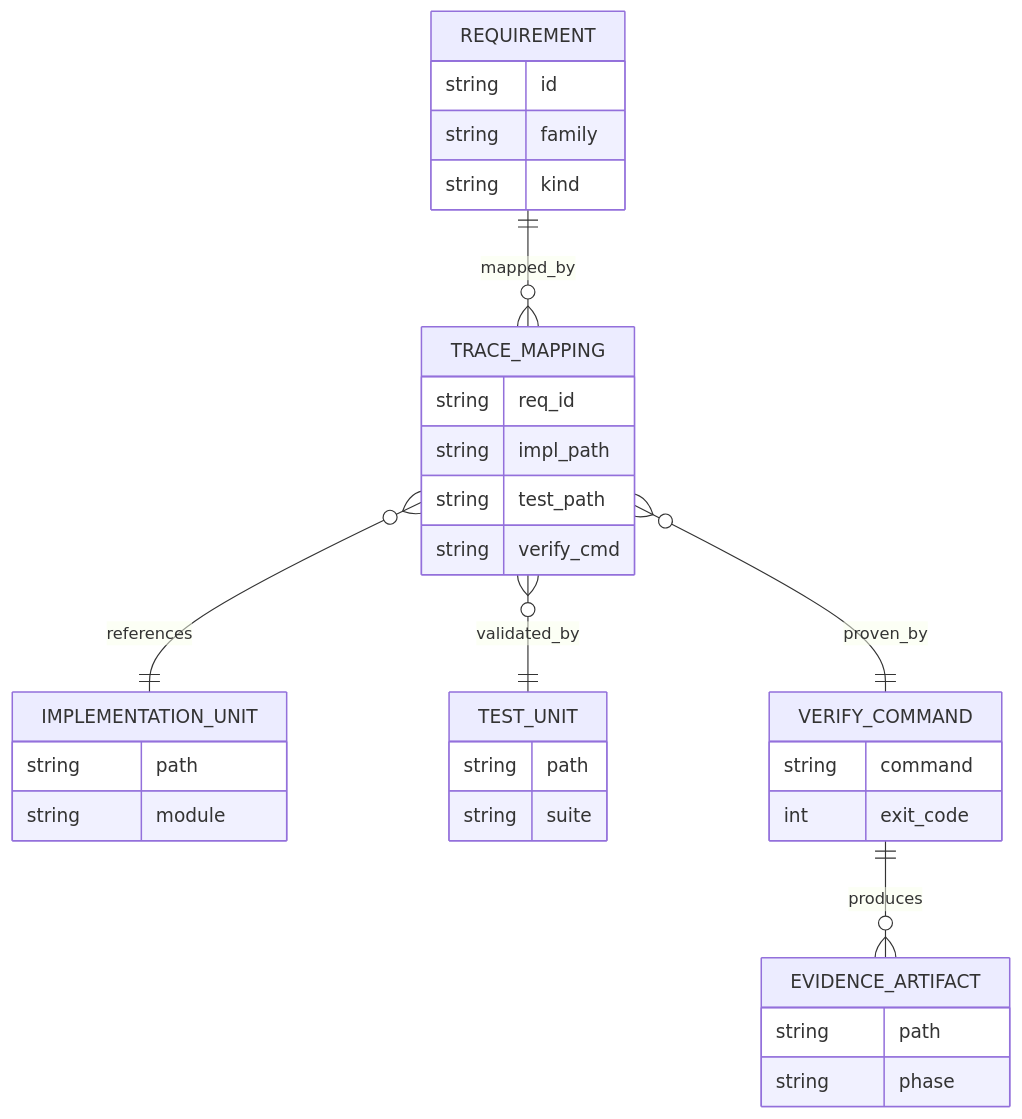
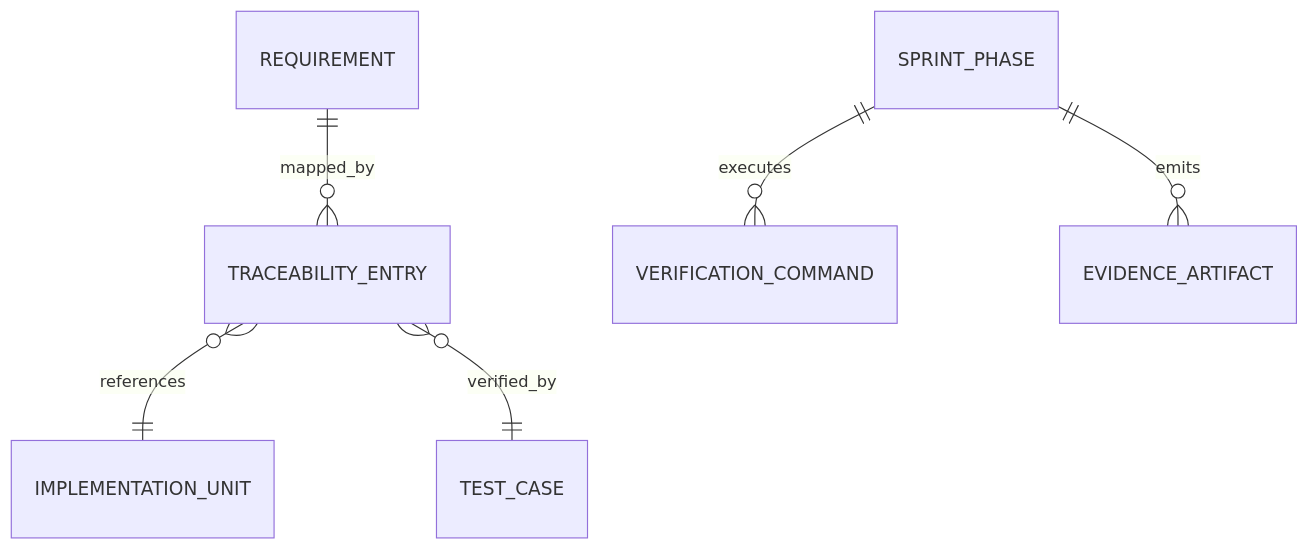
The second of 5 diagrams in docs/sprints/SPRINT-003-implementation-plan.md (jaytaylor/attractor-tcl), drawn with Mermaid before and after one commit. The commit also changed other lines of this file, not shown here.

Commit message:
docs: mark sprint 003 implementation plan fully executed

````diff
--- a/docs/sprints/SPRINT-003-implementation-plan.md
+++ b/docs/sprints/SPRINT-003-implementation-plan.md
@@ -789,36 +945,8 @@
 ```mermaid
 erDiagram
-  REQUIREMENT ||--o{ TRACE_MAPPING : mapped_by
-  TRACE_MAPPING }o--|| IMPLEMENTATION_UNIT : references
-  TRACE_MAPPING }o--|| TEST_UNIT : validated_by
-  TRACE_MAPPING }o--|| VERIFY_COMMAND : proven_by
-  VERIFY_COMMAND ||--o{ EVIDENCE_ARTIFACT : produces
-
-  REQUIREMENT {
-    string id
-    string family
-    string kind
-  }
-  TRACE_MAPPING {
-    string req_id
-    string impl_path
-    string test_path
-    string verify_cmd
-  }
-  IMPLEMENTATION_UNIT {
-    string path
-    string module
-  }
-  TEST_UNIT {
-    string path
-    string suite
-  }
-  VERIFY_COMMAND {
-    string command
-    int exit_code
-  }
-  EVIDENCE_ARTIFACT {
-    string path
-    string phase
-  }
+  REQUIREMENT ||--o{ TRACEABILITY_ENTRY : mapped_by
+  TRACEABILITY_ENTRY }o--|| IMPLEMENTATION_UNIT : references
+  TRACEABILITY_ENTRY }o--|| TEST_CASE : verified_by
+  SPRINT_PHASE ||--o{ VERIFICATION_COMMAND : executes
+  SPRINT_PHASE ||--o{ EVIDENCE_ARTIFACT : emits
 ```
````
